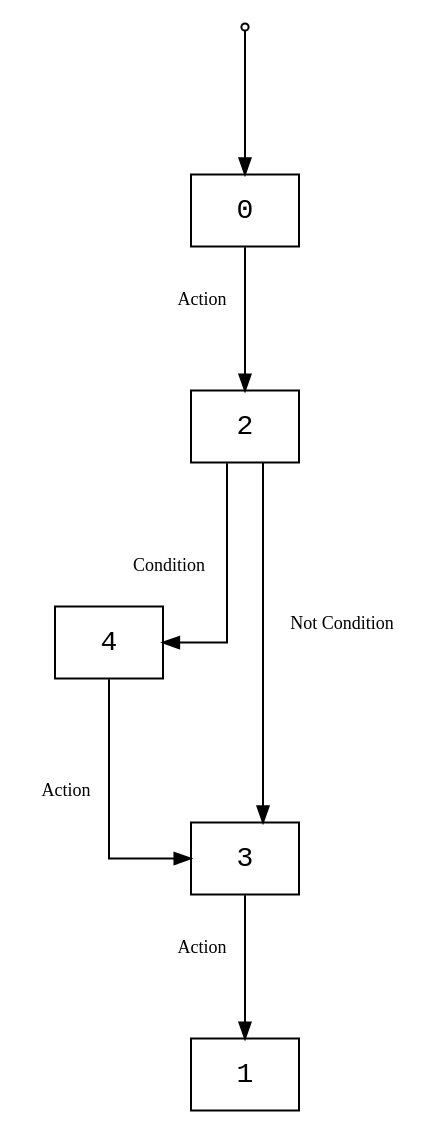
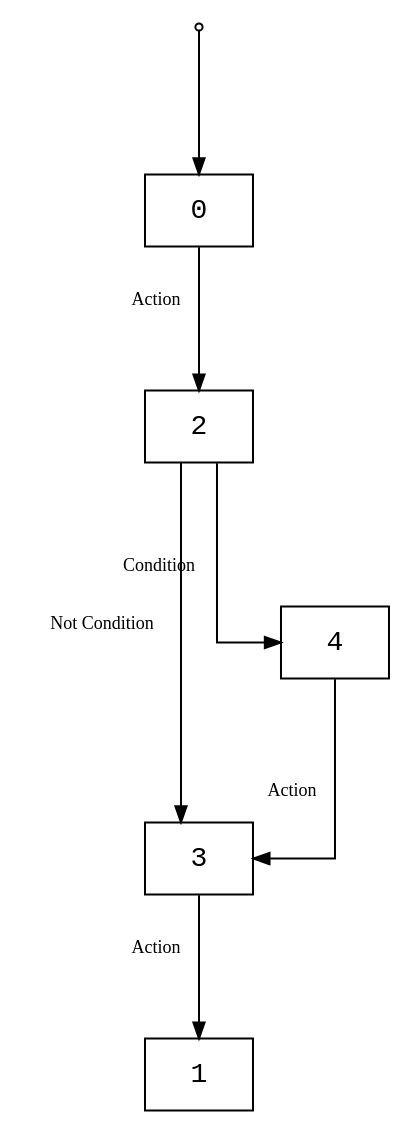
One commit to mentalcardgames/mcg changed the diagram in front_end/tests_out/conditional.dot. Above: the diagram before and after it, drawn with Graphviz. The commit also changed other lines of this file and 27 other files, not shown here.

```diff
--- a/front_end/tests_out/conditional.dot
+++ b/front_end/tests_out/conditional.dot
@@ -1,12 +1,12 @@
 digraph CFG {
   graph [splines=ortho, nodesep=1.0, ranksep=1.0, concentrate=true];
   node [shape=box, fontname="Consolas, 'Courier New', monospace", style=filled, fillcolor="#ffffff", bordercolor="#333333"];
   edge [fontname="Consolas", fontsize=9, arrowsize=0.8];
   entry [shape=point];
   entry -> 0;
+  3 -> 1 [xlabel=" Action "];
+  4 -> 3 [xlabel=" Action "];
   0 -> 2 [xlabel=" Action "];
   2 -> 4 [xlabel=" Condition "];
   2 -> 3 [xlabel=" Not Condition "];
-  3 -> 1 [xlabel=" Action "];
-  4 -> 3 [xlabel=" Action "];
 }
```
